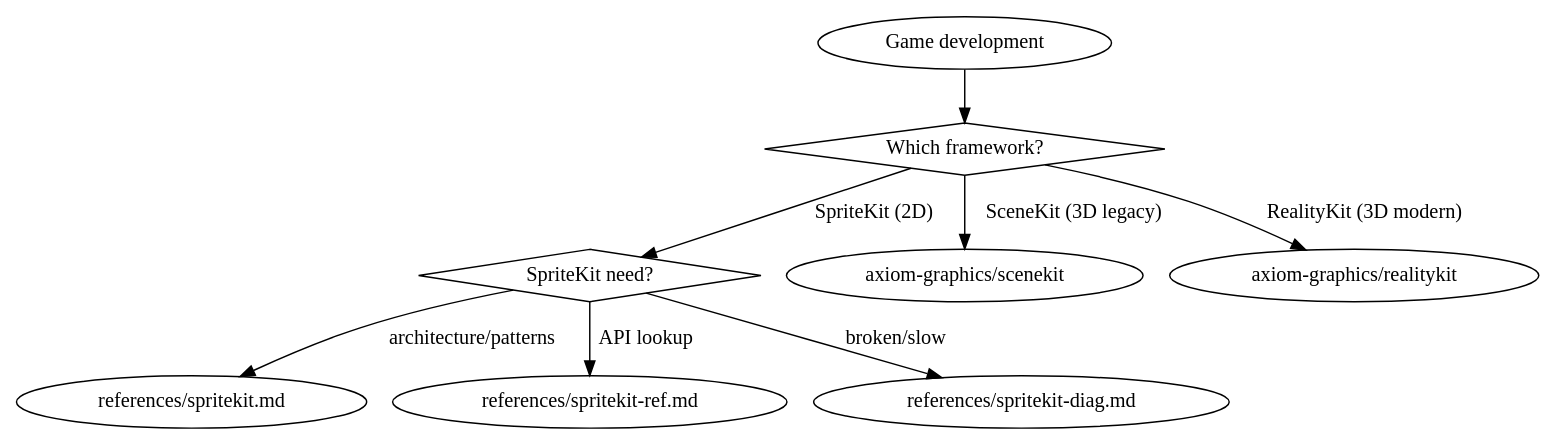
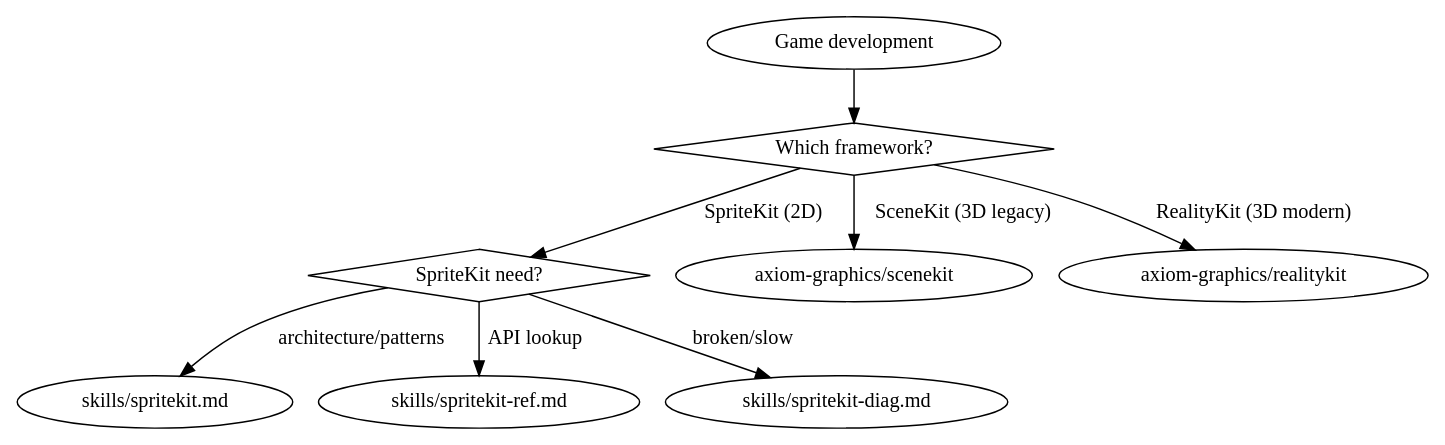
Before and after one commit to CharlesWiltgen/Axiom: the diagram in .claude-plugin/plugins/axiom/skills/axiom-games/SKILL.md, drawn with Graphviz. The commit also changed other lines of this file and 266 other files, not shown here.

First line of the commit message:
refactor(skills): rename references/ to skills/ across all suites

````diff
--- a/.claude-plugin/plugins/axiom/skills/axiom-games/SKILL.md
+++ b/.claude-plugin/plugins/axiom/skills/axiom-games/SKILL.md
@@ -46,16 +46,16 @@
 ```dot
 digraph games {
     start [label="Game development" shape=ellipse];
     what [label="Which framework?" shape=diamond];
     sprite_what [label="SpriteKit need?" shape=diamond];
 
     start -> what;
     what -> sprite_what [label="SpriteKit (2D)"];
     what -> "axiom-graphics/scenekit" [label="SceneKit (3D legacy)"];
     what -> "axiom-graphics/realitykit" [label="RealityKit (3D modern)"];
 
-    sprite_what -> "references/spritekit.md" [label="architecture/patterns"];
-    sprite_what -> "references/spritekit-ref.md" [label="API lookup"];
-    sprite_what -> "references/spritekit-diag.md" [label="broken/slow"];
+    sprite_what -> "skills/spritekit.md" [label="architecture/patterns"];
+    sprite_what -> "skills/spritekit-ref.md" [label="API lookup"];
+    sprite_what -> "skills/spritekit-diag.md" [label="broken/slow"];
 }
 ```
````
